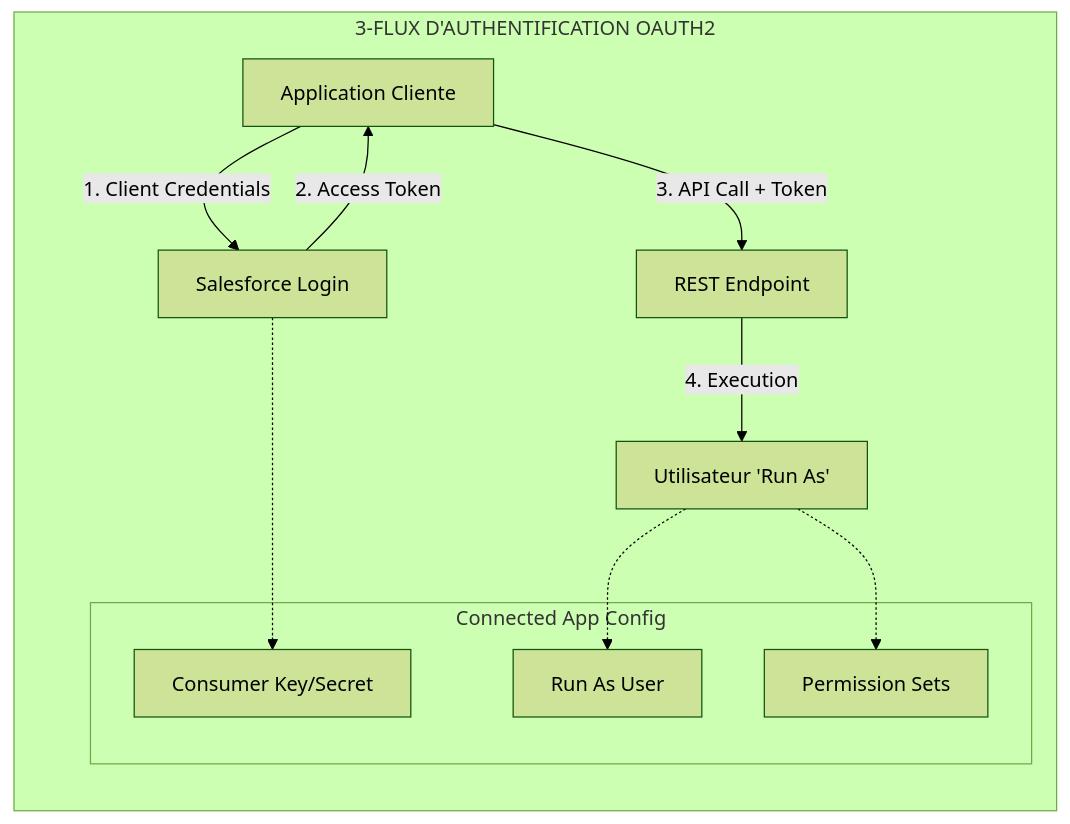
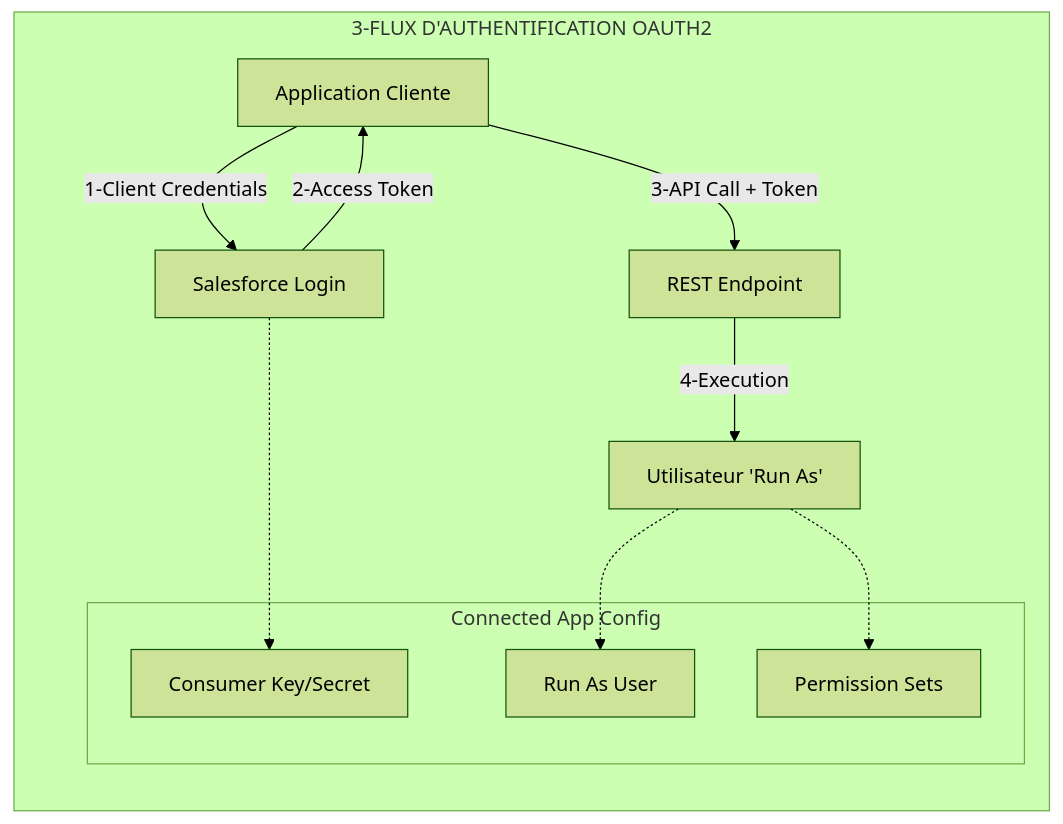
Before and after one commit to alcabon/General-AI-Questions: the third of 7 diagrams in Case-EmailMessag.md, drawn with Mermaid (forest theme).

````diff
--- a/Case-EmailMessag.md
+++ b/Case-EmailMessag.md
@@ -1034,19 +1034,19 @@
 ```mermaid
 graph LR
     subgraph "3-FLUX D'AUTHENTIFICATION OAUTH2"
-        A[Application Cliente] -->|"1. Client Credentials"| B[Salesforce Login]
-        B -->|"2. Access Token"| A
-        A -->|"3. API Call + Token"| C[REST Endpoint]
-        C -->|"4. Execution"| D["Utilisateur 'Run As'"]
+        A[Application Cliente] -->|"1-Client Credentials"| B[Salesforce Login]
+        B -->|"2-Access Token"| A
+        A -->|"3-API Call + Token"| C[REST Endpoint]
+        C -->|"4-Execution"| D["Utilisateur 'Run As'"]
         
         subgraph "Connected App Config"
             E["Consumer Key/Secret"]
             F[Run As User]
             G[Permission Sets]
         end
         
         B -.-> E
         D -.-> F
         D -.-> G
     end
 ```
````
